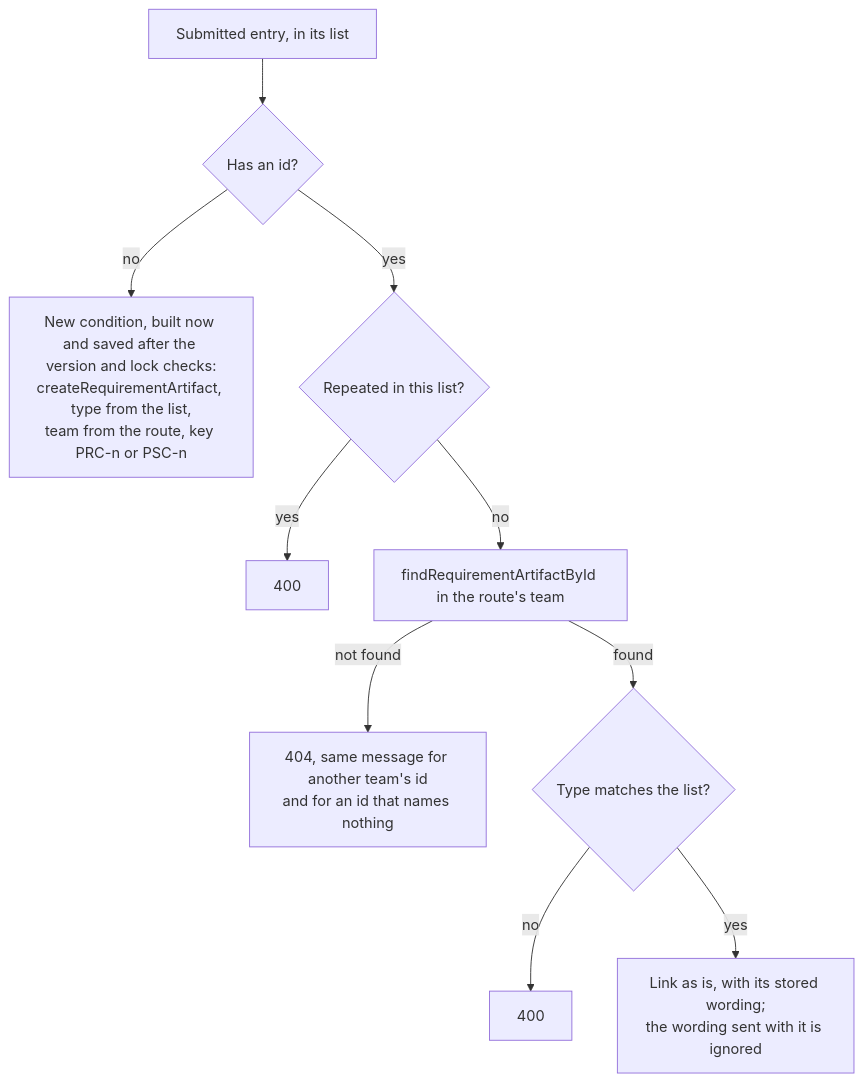
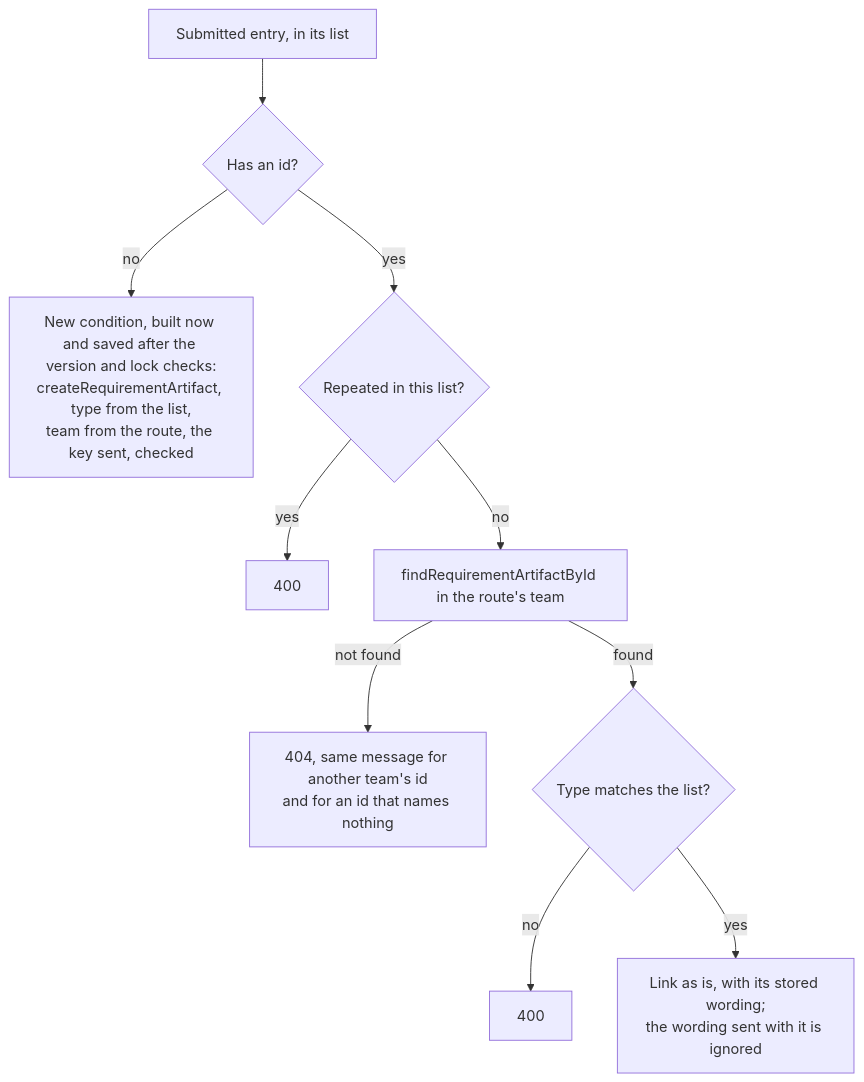
The fourth of 11 diagrams in docs/design/doc.md (Washingtonwei/project-pulse), drawn with Mermaid before and after one commit. The commit also changed other lines of this file and 5 other files, not shown here.

First line of the commit message:
Design name-based artifact keys for every type

````diff
--- a/docs/design/doc.md
+++ b/docs/design/doc.md
@@ -237,12 +237,12 @@
 ```mermaid
 flowchart TD
     A[Submitted entry, in its list] --> B{Has an id?}
-    B -- no --> N[New condition, built now and saved after the version and lock checks:<br/>createRequirementArtifact, type from the list,<br/>team from the route, key PRC-n or PSC-n]
+    B -- no --> N[New condition, built now and saved after the version and lock checks:<br/>createRequirementArtifact, type from the list,<br/>team from the route, the key sent, checked]
     B -- yes --> D{Repeated in this list?}
     D -- yes --> X400d[400]
     D -- no --> L[findRequirementArtifactById in the route's team]
     L -- not found --> X404[404, same message for another team's id<br/>and for an id that names nothing]
     L -- found --> T{Type matches the list?}
     T -- no --> X400a[400]
     T -- yes --> K[Link as is, with its stored wording;<br/>the wording sent with it is ignored]
 ```
````
